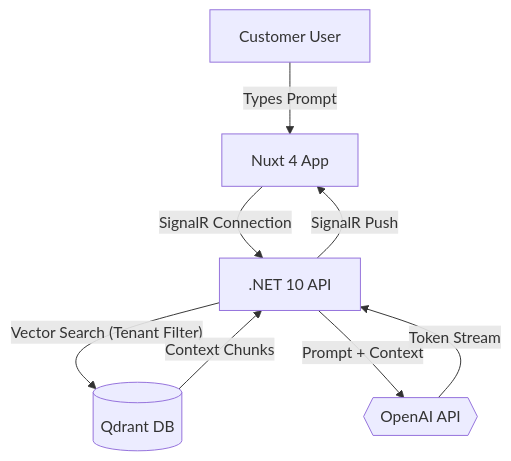
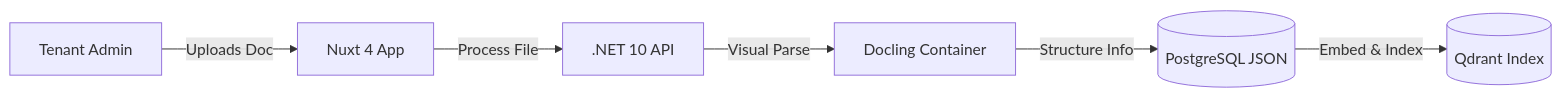
Before and after one commit to u3kkasha/chatbot: the second of 2 diagrams in docs/PRD.md, drawn with Mermaid. The commit also changed other lines of this file and 51 other files, not shown here.

````diff
--- a/docs/PRD.md
+++ b/docs/PRD.md
@@ -88,16 +98,15 @@
 ```mermaid
-graph TD
-    User["Customer User"]
+graph LR
+    Admin["Tenant Admin"]
     App["Nuxt 4 App"]
     API[".NET 10 API"]
-    Q[("Qdrant DB")]
-    OpenAI{{"OpenAI API"}}
+    DS["Docling Container"]
+    DB[("PostgreSQL JSON")]
+    Q[("Qdrant Index")]
 
-    User -- "Types Prompt" --> App
-    App -- "SignalR Connection" --> API
-    API -- "Vector Search (Tenant Filter)" --> Q
-    Q -- "Context Chunks" --> API
-    API -- "Prompt + Context" --> OpenAI
-    OpenAI -- "Token Stream" --> API
-    API -- "SignalR Push" --> App
+    Admin -- "Uploads Doc" --> App
+    App -- "Process File" --> API
+    API -- "Visual Parse" --> DS
+    DS -- "Structure Info" --> DB
+    DB -- "Embed & Index" --> Q
 ```
````
